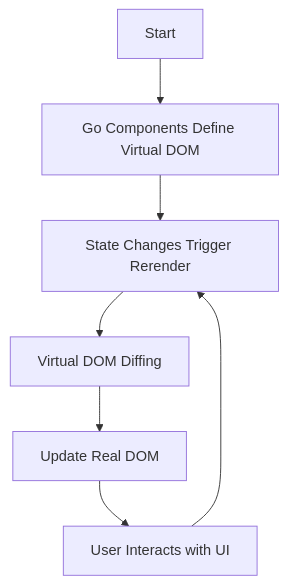
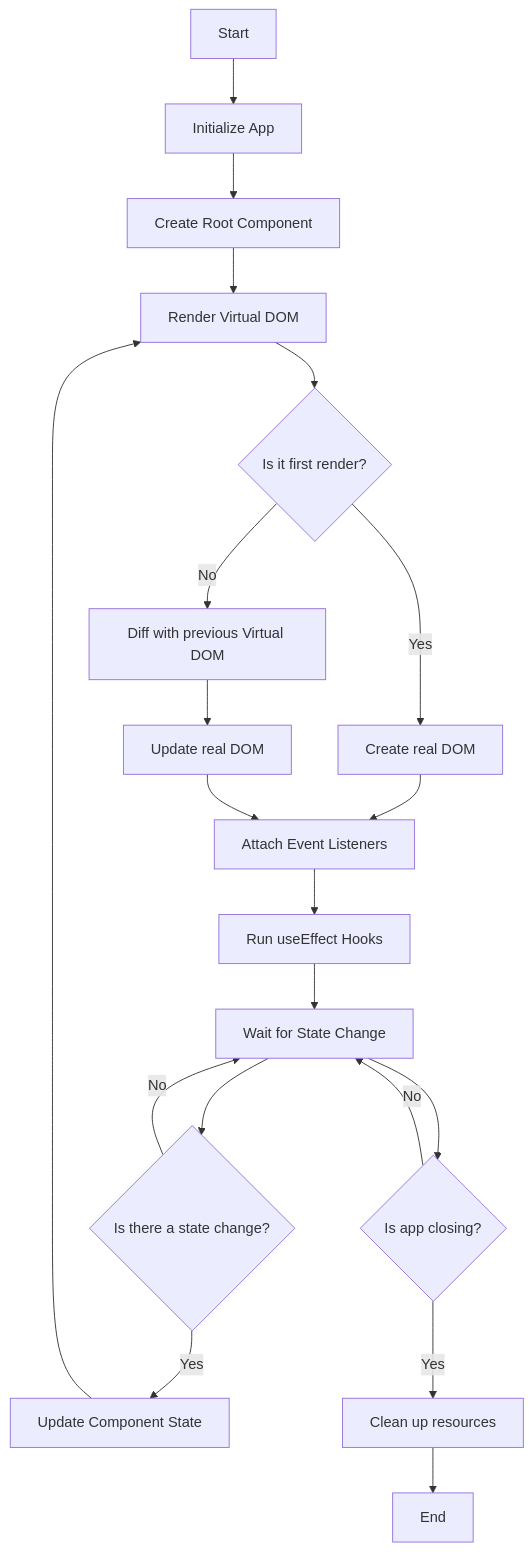
The diagram in README.md (monstercameron/GoWebComponents), drawn with Mermaid before and after one commit. The commit also changed other lines of this file and 7 other files, not shown here.

````diff
--- a/README.md
+++ b/README.md
@@ -63,9 +167,22 @@
 ```mermaid
 graph TD
-    A[Start] --> B[Go Components Define Virtual DOM]
-    B --> C[State Changes Trigger Rerender]
-    C --> D[Virtual DOM Diffing]
-    D --> E[Update Real DOM]
-    E --> F[User Interacts with UI]
-    F --> C
+    A[Start] --> B[Initialize App]
+    B --> C[Create Root Component]
+    C --> D[Render Virtual DOM]
+    D --> E{Is it first render?}
+    E -- Yes --> F[Create real DOM]
+    E -- No --> G[Diff with previous Virtual DOM]
+    G --> H[Update real DOM]
+    F --> I[Attach Event Listeners]
+    H --> I
+    I --> J[Run useEffect Hooks]
+    J --> K[Wait for State Change]
+    K --> L{Is there a state change?}
+    L -- Yes --> M[Update Component State]
+    M --> D
+    L -- No --> K
+    K --> N{Is app closing?}
+    N -- Yes --> O[Clean up resources]
+    O --> P[End]
+    N -- No --> K
 ```
````
